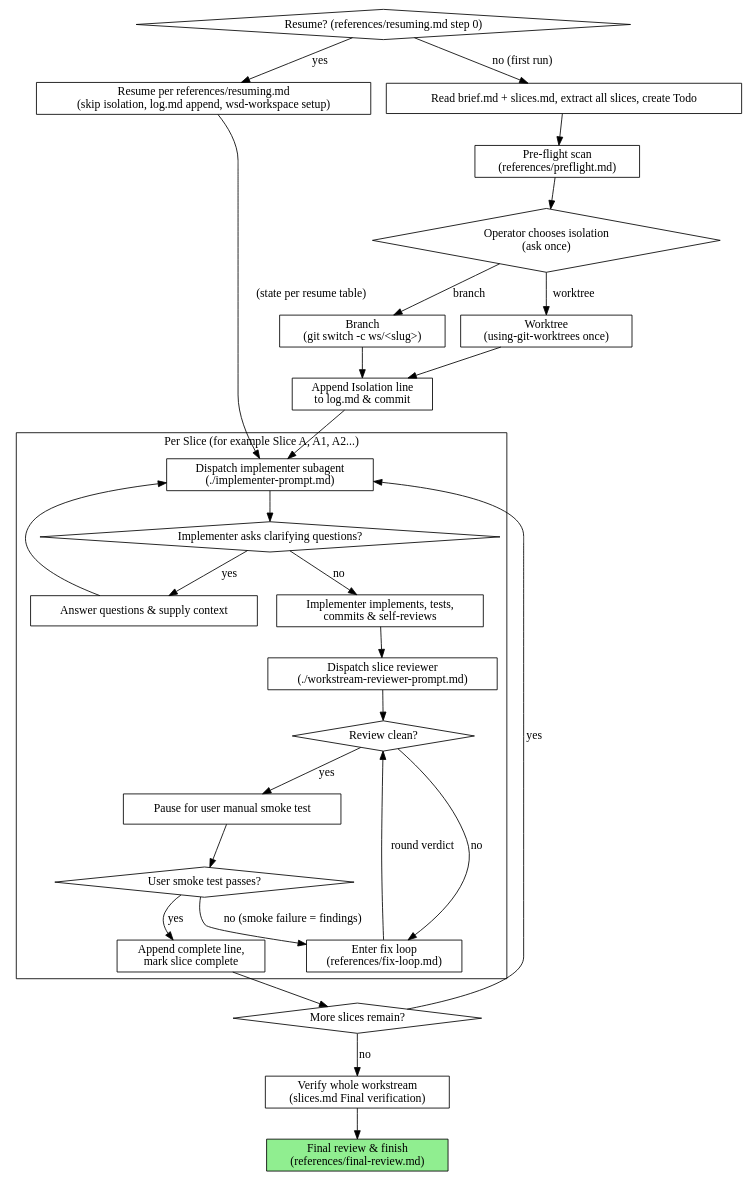
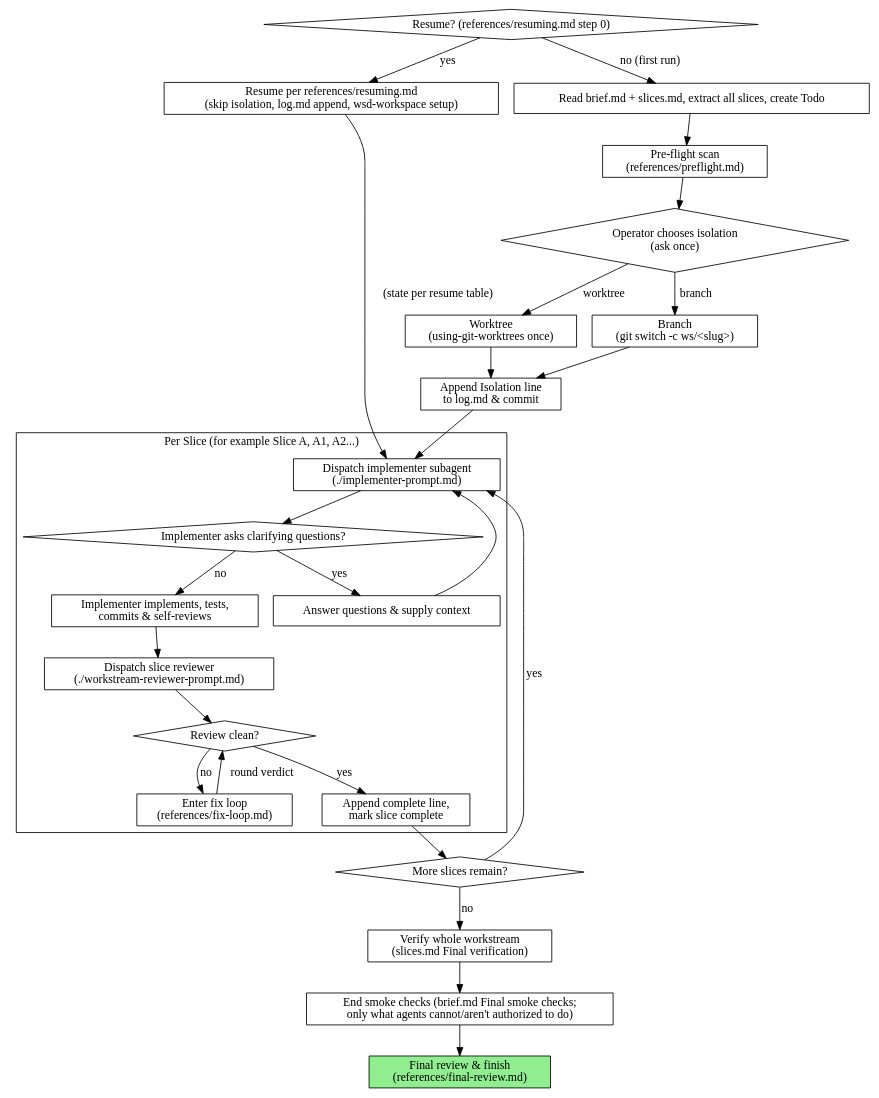
One commit to dtbndr/solopowers changed the diagram in skills/workstream-driven-development/SKILL.md. Above: the diagram before and after it, drawn with Graphviz. The commit also changed other lines of this file and 12 other files, not shown here.

Commit message:
feat(wsd): replace per-slice smoke pause with one end-of-workstream smoke step

````diff
--- a/skills/workstream-driven-development/SKILL.md
+++ b/skills/workstream-driven-development/SKILL.md
@@ -28,58 +28,55 @@
 ```dot
 digraph workstream_execution {
     rankdir=TB;
 
     subgraph cluster_per_slice {
         label="Per Slice (for example Slice A, A1, A2...)";
         "Dispatch implementer subagent\n(./implementer-prompt.md)" [shape=box];
         "Implementer asks clarifying questions?" [shape=diamond];
         "Answer questions & supply context" [shape=box];
         "Implementer implements, tests,\ncommits & self-reviews" [shape=box];
         "Dispatch slice reviewer\n(./workstream-reviewer-prompt.md)" [shape=box];
         "Review clean?" [shape=diamond];
         "Enter fix loop\n(references/fix-loop.md)" [shape=box];
-        "Pause for user manual smoke test" [shape=box];
-        "User smoke test passes?" [shape=diamond];
         "Append complete line,\nmark slice complete" [shape=box];
     }
 
     "Resume? (references/resuming.md step 0)" [shape=diamond];
     "Resume per references/resuming.md\n(skip isolation, log.md append, wsd-workspace setup)" [shape=box];
     "Read brief.md + slices.md, extract all slices, create Todo" [shape=box];
     "Pre-flight scan\n(references/preflight.md)" [shape=box];
     "Operator chooses isolation\n(ask once)" [shape=diamond];
     "Worktree\n(using-git-worktrees once)" [shape=box];
     "Branch\n(git switch -c ws/<slug>)" [shape=box];
     "Append Isolation line\nto log.md & commit" [shape=box];
     "More slices remain?" [shape=diamond];
     "Verify whole workstream\n(slices.md Final verification)" [shape=box];
+    "End smoke checks (brief.md Final smoke checks;\nonly what agents cannot/aren't authorized to do)" [shape=box];
     "Final review & finish\n(references/final-review.md)" [shape=box style=filled fillcolor=lightgreen];
 
     "Resume? (references/resuming.md step 0)" -> "Resume per references/resuming.md\n(skip isolation, log.md append, wsd-workspace setup)" [label="yes"];
     "Resume? (references/resuming.md step 0)" -> "Read brief.md + slices.md, extract all slices, create Todo" [label="no (first run)"];
     "Resume per references/resuming.md\n(skip isolation, log.md append, wsd-workspace setup)" -> "Dispatch implementer subagent\n(./implementer-prompt.md)" [label="(state per resume table)"];
     "Read brief.md + slices.md, extract all slices, create Todo" -> "Pre-flight scan\n(references/preflight.md)";
     "Pre-flight scan\n(references/preflight.md)" -> "Operator chooses isolation\n(ask once)";
     "Operator chooses isolation\n(ask once)" -> "Worktree\n(using-git-worktrees once)" [label="worktree"];
     "Operator chooses isolation\n(ask once)" -> "Branch\n(git switch -c ws/<slug>)" [label="branch"];
     "Worktree\n(using-git-worktrees once)" -> "Append Isolation line\nto log.md & commit";
     "Branch\n(git switch -c ws/<slug>)" -> "Append Isolation line\nto log.md & commit";
     "Append Isolation line\nto log.md & commit" -> "Dispatch implementer subagent\n(./implementer-prompt.md)";
     "Dispatch implementer subagent\n(./implementer-prompt.md)" -> "Implementer asks clarifying questions?";
     "Implementer asks clarifying questions?" -> "Answer questions & supply context" [label="yes"];
     "Answer questions & supply context" -> "Dispatch implementer subagent\n(./implementer-prompt.md)";
     "Implementer asks clarifying questions?" -> "Implementer implements, tests,\ncommits & self-reviews" [label="no"];
     "Implementer implements, tests,\ncommits & self-reviews" -> "Dispatch slice reviewer\n(./workstream-reviewer-prompt.md)";
     "Dispatch slice reviewer\n(./workstream-reviewer-prompt.md)" -> "Review clean?";
     "Review clean?" -> "Enter fix loop\n(references/fix-loop.md)" [label="no"];
     "Enter fix loop\n(references/fix-loop.md)" -> "Review clean?" [label="round verdict"];
-    "Review clean?" -> "Pause for user manual smoke test" [label="yes"];
-    "Pause for user manual smoke test" -> "User smoke test passes?";
-    "User smoke test passes?" -> "Enter fix loop\n(references/fix-loop.md)" [label="no (smoke failure = findings)"];
-    "User smoke test passes?" -> "Append complete line,\nmark slice complete" [label="yes"];
+    "Review clean?" -> "Append complete line,\nmark slice complete" [label="yes"];
     "Append complete line,\nmark slice complete" -> "More slices remain?";
     "More slices remain?" -> "Dispatch implementer subagent\n(./implementer-prompt.md)" [label="yes"];
     "More slices remain?" -> "Verify whole workstream\n(slices.md Final verification)" [label="no"];
-    "Verify whole workstream\n(slices.md Final verification)" -> "Final review & finish\n(references/final-review.md)";
+    "Verify whole workstream\n(slices.md Final verification)" -> "End smoke checks (brief.md Final smoke checks;\nonly what agents cannot/aren't authorized to do)";
+    "End smoke checks (brief.md Final smoke checks;\nonly what agents cannot/aren't authorized to do)" -> "Final review & finish\n(references/final-review.md)";
 }
 ```
````
